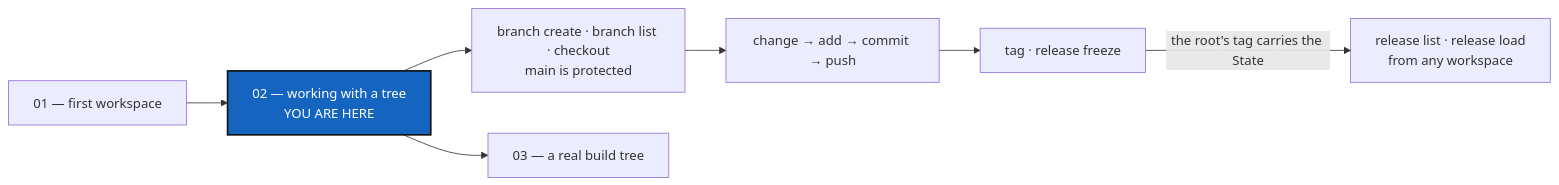
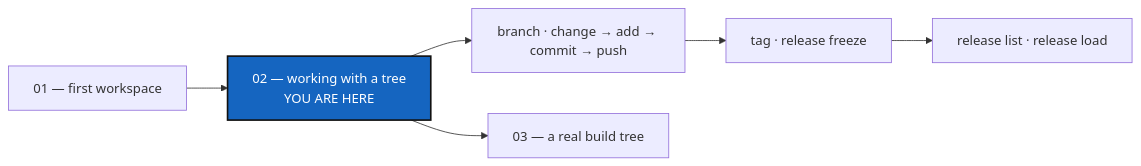
The diagram in tutorials/02_working_with_a_tree.md (flipoyo/ComplexGitSync), drawn with Mermaid before and after one commit. The commit also changed other lines of this file and 8 other files, not shown here.

````diff
--- a/tutorials/02_working_with_a_tree.md
+++ b/tutorials/02_working_with_a_tree.md
@@ -28,12 +25,11 @@
 ```mermaid
 graph LR
     T1["01 — first workspace"] --> T2["02 — working with a tree<br/>YOU ARE HERE"]
-    T2 --> BR["branch create · branch list · checkout<br/>main is protected"]
-    BR --> CYCLE["change → add → commit → push"]
+    T2 --> CYCLE["branch · change → add → commit → push"]
     CYCLE --> REL["tag · release freeze"]
-    REL -->|"the root's tag carries the State"| BACK["release list · release load<br/>from any workspace"]
+    REL --> BACK["release list · release load"]
     T2 --> T3["03 — a real build tree"]
 
     classDef here fill:#1565C0,color:#fff,stroke:#111,stroke-width:2px;
     class T2 here;
 ```
````
